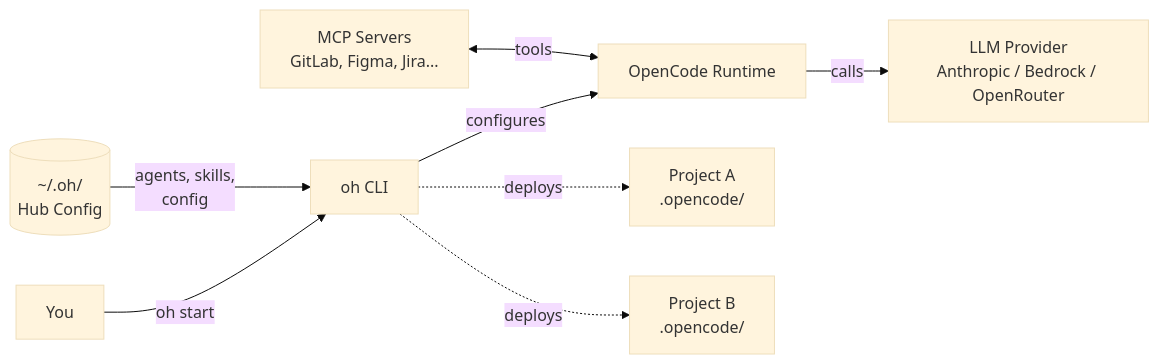
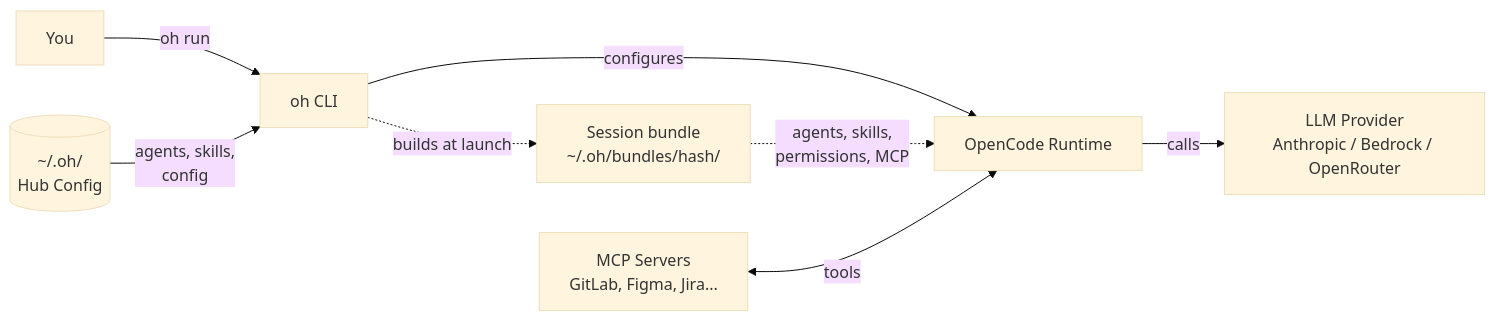
The diagram in docs/guides/getting-started.en.md (datichb/openhub), drawn with Mermaid (base theme) before and after one commit. The commit also changed other lines of this file and 92 other files, not shown here.

````diff
--- a/docs/guides/getting-started.en.md
+++ b/docs/guides/getting-started.en.md
@@ -9,10 +9,10 @@
 ```mermaid
 flowchart LR
-    U[You] -->|oh start| CLI[oh CLI]
+    U[You] -->|oh run| CLI[oh CLI]
     CLI -->|configures| OC[OpenCode Runtime]
     OC -->|calls| LLM[LLM Provider<br/>Anthropic / Bedrock / OpenRouter]
-    CLI -.->|deploys| P1[Project A<br/>.opencode/]
-    CLI -.->|deploys| P2[Project B<br/>.opencode/]
+    CLI -.->|builds at launch| B[Session bundle<br/>~/.oh/bundles/hash/]
+    B -.->|agents, skills,<br/>permissions, MCP| OC
     HUB[(~/.oh/<br/>Hub Config)] -->|agents, skills,<br/>config| CLI
     MCP[MCP Servers<br/>GitLab, Figma, Jira...] <-->|tools| OC
 ```
````
